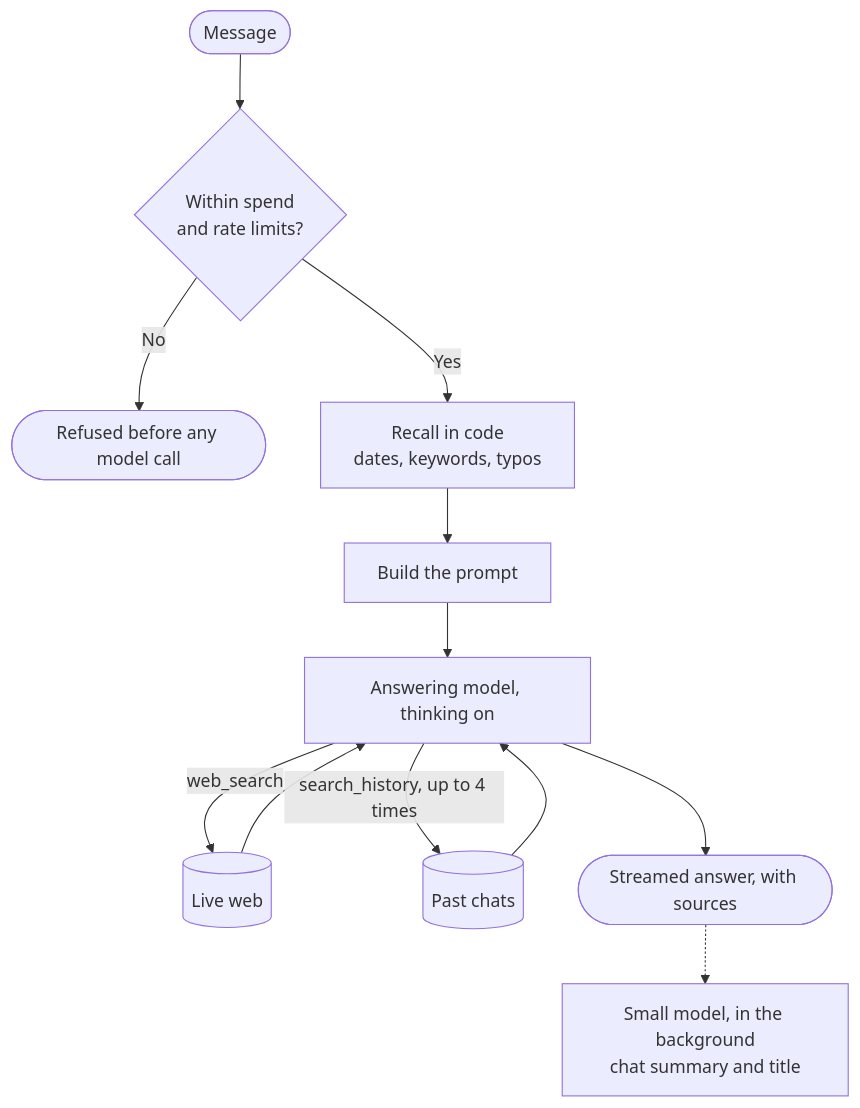
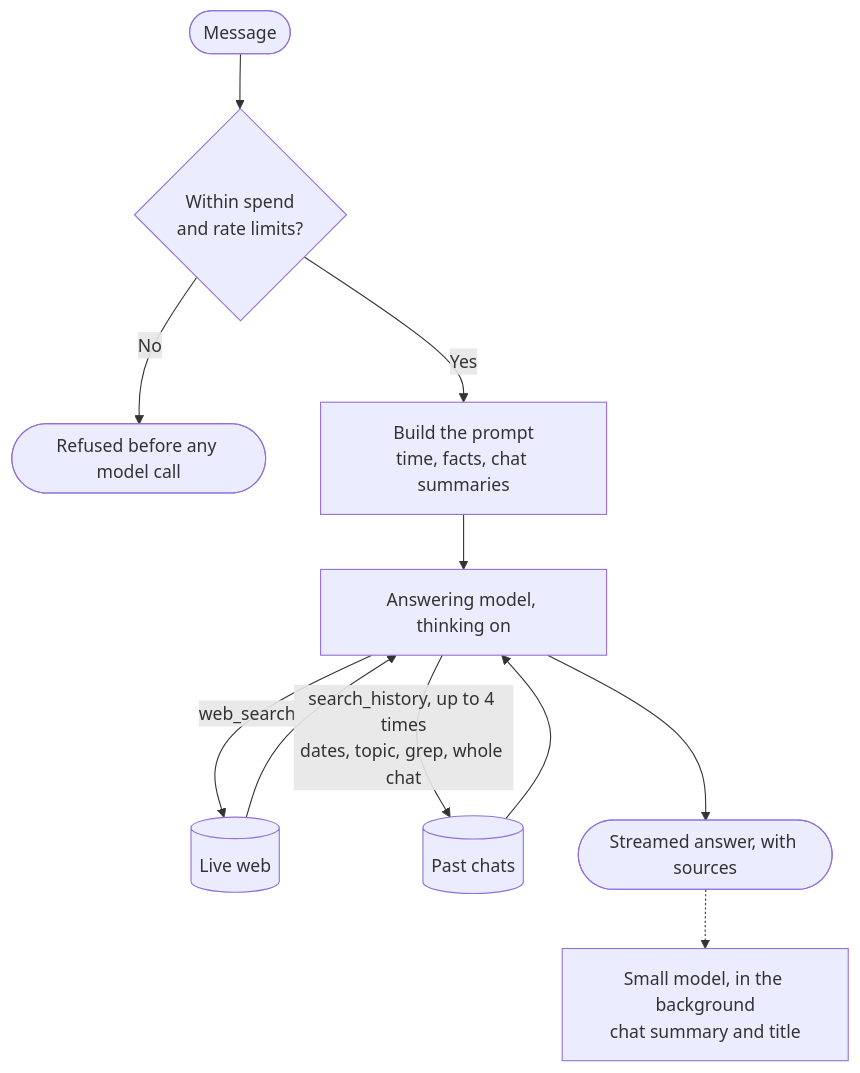
The diagram in DESIGN.md (ShashwatXD/Mino), drawn with Mermaid before and after one commit. The commit also changed other lines of this file and 18 other files, not shown here.

Commit message:
recall only through the search_history tool, with date, topic, grep and whole-chat filters

````diff
--- a/DESIGN.md
+++ b/DESIGN.md
@@ -9,14 +9,13 @@
 ```mermaid
 flowchart TD
     A([Message]) --> G{"Within spend<br/>and rate limits?"}
     G -- No --> X(["Refused before any model call"])
-    G -- Yes --> R["Recall in code<br/>dates, keywords, typos"]
-    R --> B["Build the prompt"]
+    G -- Yes --> B["Build the prompt<br/>time, facts, chat summaries"]
     B --> M["Answering model, thinking on"]
     M -- web_search --> W[(Live web)]
     W --> M
-    M -- "search_history, up to 4 times" --> H[(Past chats)]
+    M -- "search_history, up to 4 times<br/>dates, topic, grep, whole chat" --> H[(Past chats)]
     H --> M
     M --> E([Streamed answer, with sources])
     E -.-> Z["Small model, in the background<br/>chat summary and title"]
 ```
````
